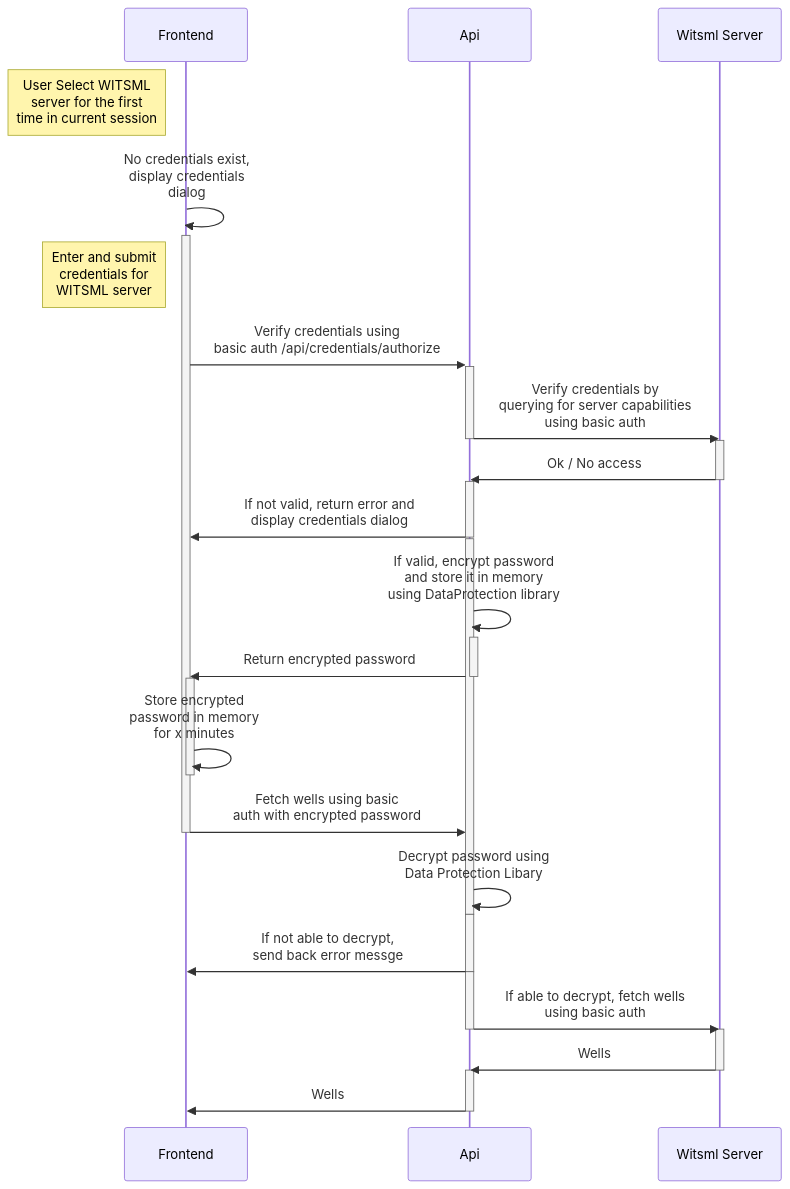
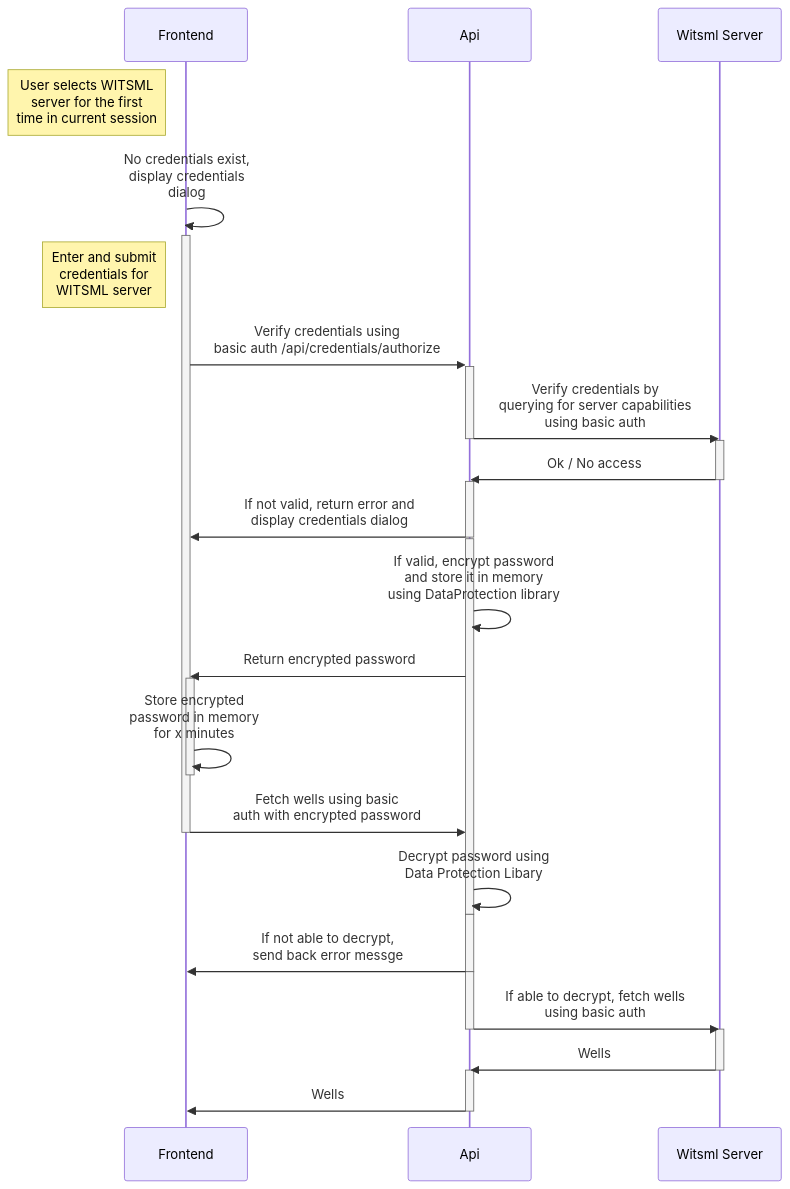
The first of 2 diagrams in AUTH.md (equinor/witsml-explorer), drawn with Mermaid before and after one commit. The commit also changed 1 other file, not shown here.

Commit message:
Fixed Diagrams

````diff
--- a/AUTH.md
+++ b/AUTH.md
@@ -19,27 +19,27 @@
 ```mermaid
 sequenceDiagram
-    Note left of Frontend: User Select  WITSML <br> server for the first <br> time in current session
+    Note left of Frontend: User selects  WITSML <br> server for the first <br> time in current session
     Frontend->>+Frontend: No credentials exist,<br/> display credentials <br/> dialog
     Note left of Frontend: Enter and submit <br> credentials for <br> WITSML server
     Frontend->>+Api: Verify credentials using <br/> basic auth /api/credentials/authorize
     Api->>-Witsml Server: Verify credentials by <br/> querying for server capabilities <br/> using basic auth
     activate Witsml Server
     Witsml Server ->>- Api: Ok / No access 
     activate Api
     Api->>-Frontend: If not valid, return error and <br> display credentials dialog
     activate Api
-    Api->>+Api: If valid, encrypt password <br> and store it in memory <br> using DataProtection library
-    Api->>-Frontend: Return encrypted password
+    Api->>Api: If valid, encrypt password <br> and store it in memory <br> using DataProtection library
+    Api->>Frontend: Return encrypted password
     activate Frontend
     Frontend->>-Frontend: Store encrypted <br> password in memory <br> for x minutes
     Frontend->>-Api: Fetch wells using basic <br>auth with encrypted password
     Api->>-Api: Decrypt password using <br> Data Protection Libary
     activate Api
     Api->>-Frontend: If not able to decrypt, <br> send back error messge
     activate Api
     Api->>-Witsml Server: If able to decrypt, fetch wells <br> using basic auth
     activate Witsml Server
     Witsml Server->>-Api: Wells
     activate Api
     Api->>-Frontend: Wells
 ```
````
